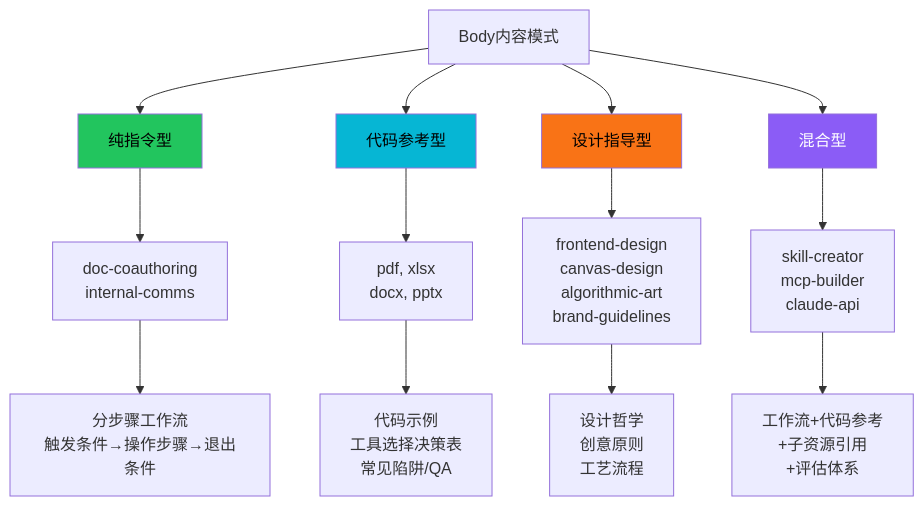
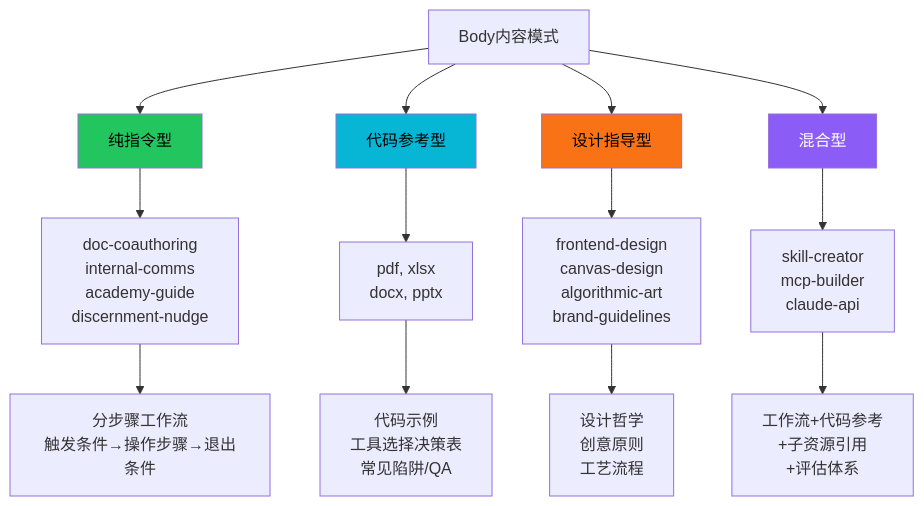
The third of 3 diagrams in doc/bundles/jishu/ai/frameworks/ai-agent/anthropics-skills/concepts/skill-md-format-spec.md (awesome-flexloop/awesome-okf), drawn with Mermaid before and after one commit. The commit also changed other lines of this file and 22 other files, not shown here.

````diff
--- a/doc/bundles/jishu/ai/frameworks/ai-agent/anthropics-skills/concepts/skill-md-format-spec.md
+++ b/doc/bundles/jishu/ai/frameworks/ai-agent/anthropics-skills/concepts/skill-md-format-spec.md
@@ -261,24 +261,24 @@
 ```mermaid
 graph TB
     BODY["Body内容模式"] --> INSTR["纯指令型"]
     BODY --> CODE["代码参考型"]
     BODY --> DESIGN["设计指导型"]
     BODY --> HYBRID["混合型"]
 
-    INSTR --> I1["doc-coauthoring<br/>internal-comms"]
+    INSTR --> I1["doc-coauthoring<br/>internal-comms<br/>academy-guide<br/>discernment-nudge"]
     I1 --> I2["分步骤工作流<br/>触发条件→操作步骤→退出条件"]
 
     CODE --> C1["pdf, xlsx<br/>docx, pptx"]
     C1 --> C2["代码示例<br/>工具选择决策表<br/>常见陷阱/QA"]
 
     DESIGN --> D1["frontend-design<br/>canvas-design<br/>algorithmic-art<br/>brand-guidelines"]
     D1 --> D2["设计哲学<br/>创意原则<br/>工艺流程"]
 
     HYBRID --> H1["skill-creator<br/>mcp-builder<br/>claude-api"]
     H1 --> H2["工作流+代码参考<br/>+子资源引用<br/>+评估体系"]
 
     style INSTR fill:#22c55e,color:#000
     style CODE fill:#06b6d4,color:#000
     style DESIGN fill:#f97316,color:#000
     style HYBRID fill:#8b5cf6,color:#fff
 ```
````
